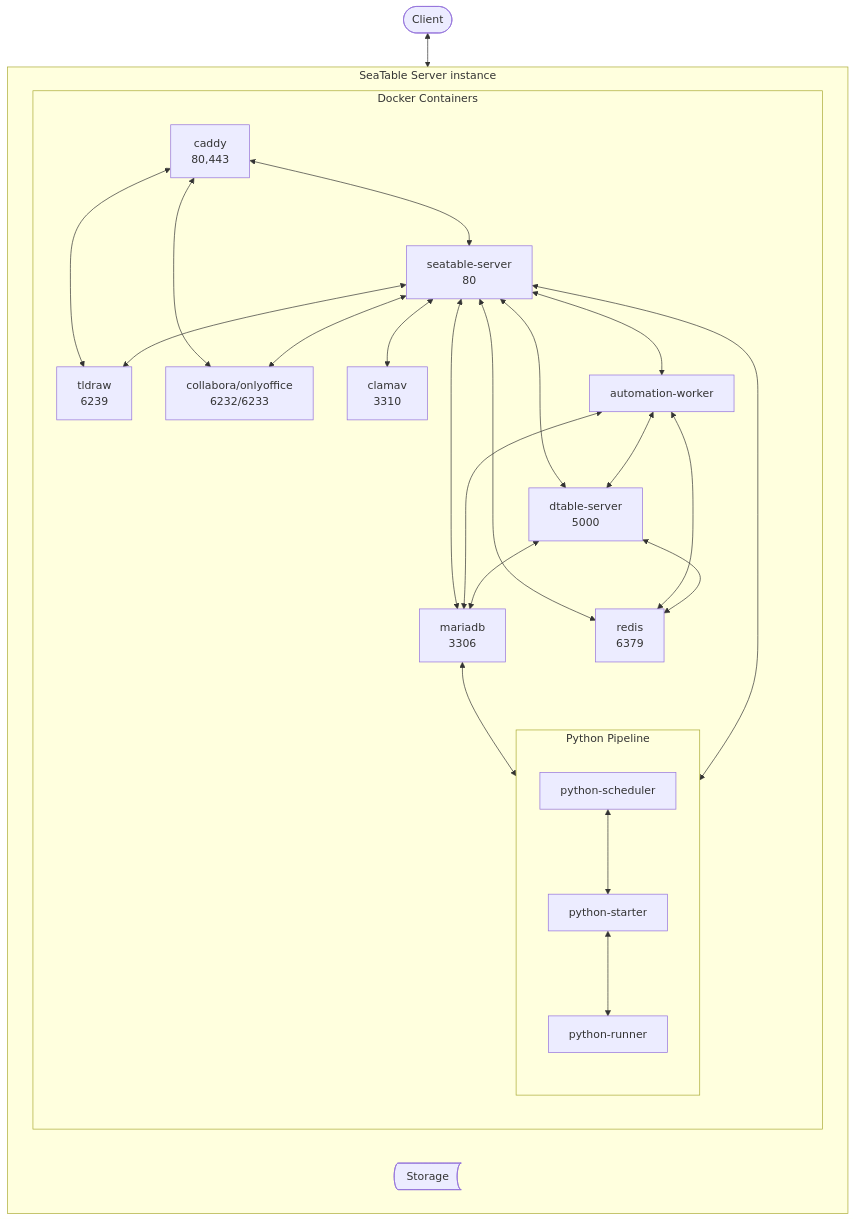
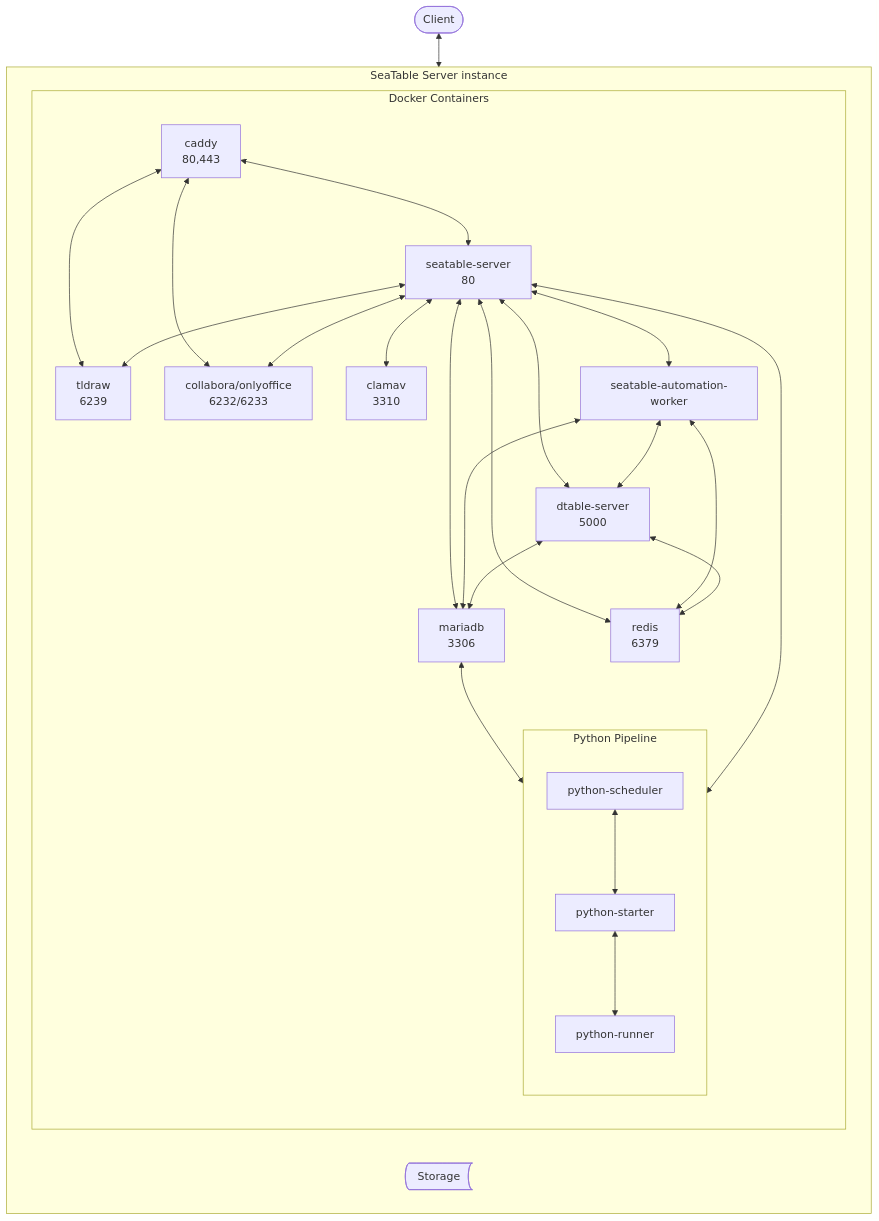
The second of 3 diagrams in docs/introduction/architecture.md (seatable/seatable-admin-docs), drawn with Mermaid before and after one commit. The commit also changed other lines of this file and 10 other files, not shown here.

Commit message:
automation-worker -> seatable-automation-worker

````diff
--- a/docs/introduction/architecture.md
+++ b/docs/introduction/architecture.md
@@ -46,46 +46,46 @@
 ```mermaid
 flowchart TB
     Client@{ shape: pill, label: "Client"}
     Client<-->C
     subgraph s[SeaTable Server instance]
         direction LR
         subgraph d[Docker Containers]
             direction TB
             C[caddy<br/>80,443]
             SS[seatable-server<br/>80]
             MDB[mariadb<br/>3306]
             R[redis<br/>6379]
             OO[collabora/onlyoffice<br/>6232/6233]
             Tld[tldraw<br/>6239]
             CAV[clamav<br/>3310]
             PSc[python-scheduler]
             PSt[python-starter]
             PR[python-runner]
-            AW[automation-worker]
+            AW[seatable-automation-worker]
             DS[dtable-server<br/>5000]
             C<-->SS
             C<-->Tld
             C<-->OO
             SS<-->MDB
             MDB<-->PSc
                subgraph p[Python Pipeline]
                   direction TB
                   PSc<-->PSt
                   PSt<-->PR
                end
             SS<-->R
             SS<-->OO
             SS<-->Tld
             SS<-->CAV
             SS<-->PSc
             SS<-->AW
             SS<-->DS
             AW<-->MDB
             AW<-->R
             AW<-->DS
             DS<-->MDB
             DS<-->R
         end
         F@{ shape: bow-rect, label: "Storage"}
     end
 ```
````
